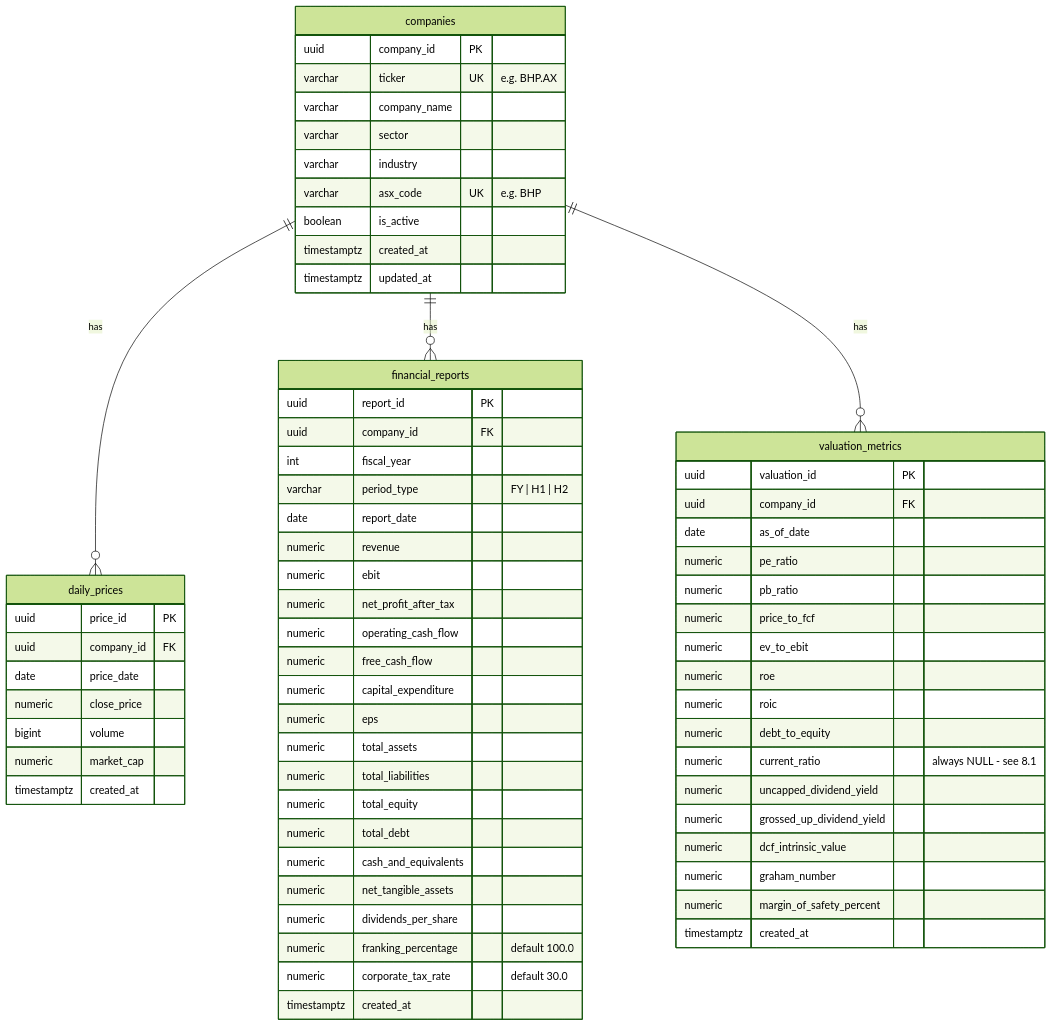
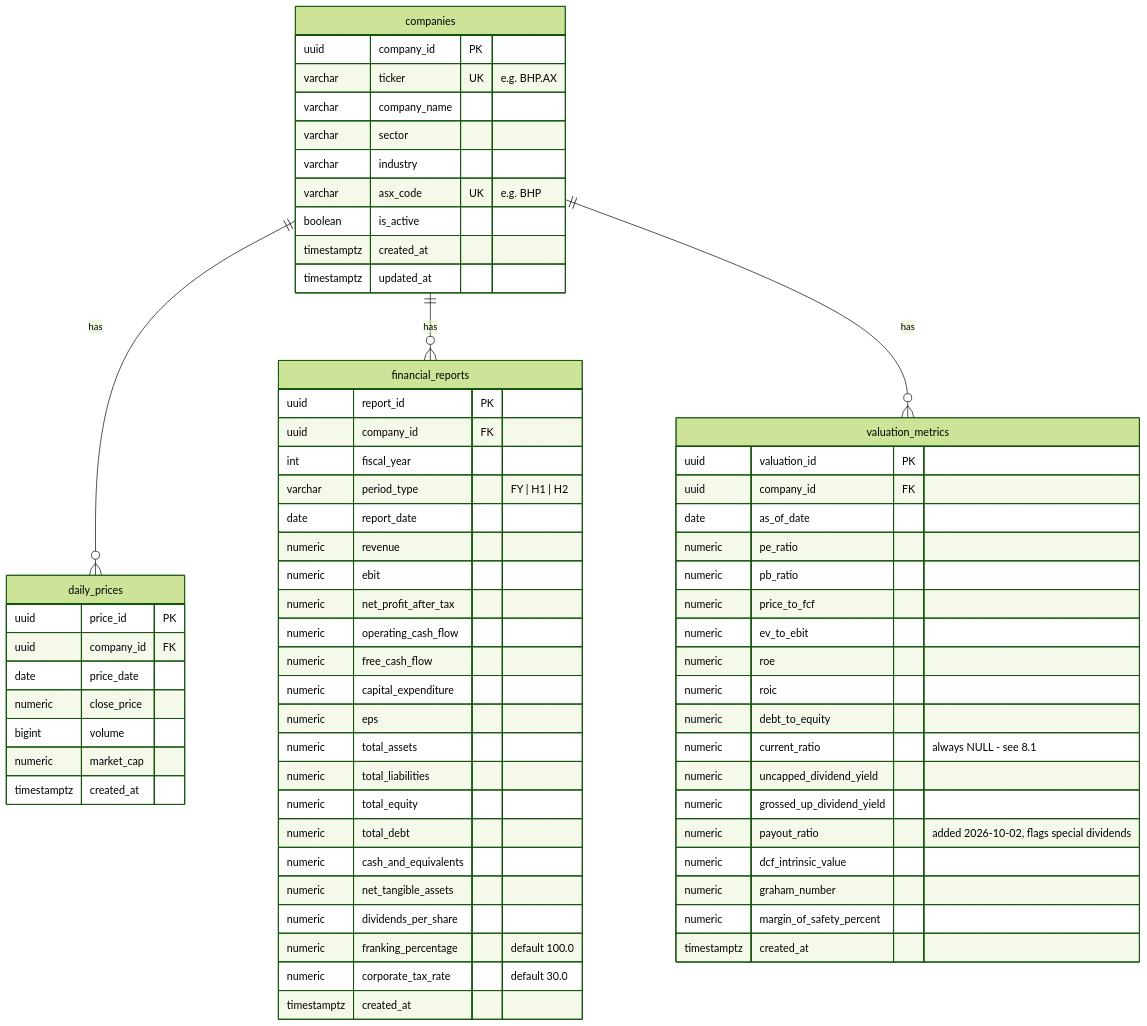
Before and after one commit to davidstangherlin/Portfolio: the second of 2 diagrams in docs/AS_BUILT.md, drawn with Mermaid (forest theme). The commit also changed other lines of this file and 4 other files, not shown here.

````diff
--- a/docs/AS_BUILT.md
+++ b/docs/AS_BUILT.md
@@ -114,70 +114,71 @@
 ```mermaid
 erDiagram
     companies ||--o{ daily_prices : has
     companies ||--o{ financial_reports : has
     companies ||--o{ valuation_metrics : has
 
     companies {
         uuid company_id PK
         varchar ticker UK "e.g. BHP.AX"
         varchar company_name
         varchar sector
         varchar industry
         varchar asx_code UK "e.g. BHP"
         boolean is_active
         timestamptz created_at
         timestamptz updated_at
     }
     daily_prices {
         uuid price_id PK
         uuid company_id FK
         date price_date
         numeric close_price
         bigint volume
         numeric market_cap
         timestamptz created_at
     }
     financial_reports {
         uuid report_id PK
         uuid company_id FK
         int fiscal_year
         varchar period_type "FY | H1 | H2"
         date report_date
         numeric revenue
         numeric ebit
         numeric net_profit_after_tax
         numeric operating_cash_flow
         numeric free_cash_flow
         numeric capital_expenditure
         numeric eps
         numeric total_assets
         numeric total_liabilities
         numeric total_equity
         numeric total_debt
         numeric cash_and_equivalents
         numeric net_tangible_assets
         numeric dividends_per_share
         numeric franking_percentage "default 100.0"
         numeric corporate_tax_rate "default 30.0"
         timestamptz created_at
     }
     valuation_metrics {
         uuid valuation_id PK
         uuid company_id FK
         date as_of_date
         numeric pe_ratio
         numeric pb_ratio
         numeric price_to_fcf
         numeric ev_to_ebit
         numeric roe
         numeric roic
         numeric debt_to_equity
         numeric current_ratio "always NULL - see 8.1"
         numeric uncapped_dividend_yield
         numeric grossed_up_dividend_yield
+        numeric payout_ratio "added 2026-10-02, flags special dividends"
         numeric dcf_intrinsic_value
         numeric graham_number
         numeric margin_of_safety_percent
         timestamptz created_at
     }
 ```
````
